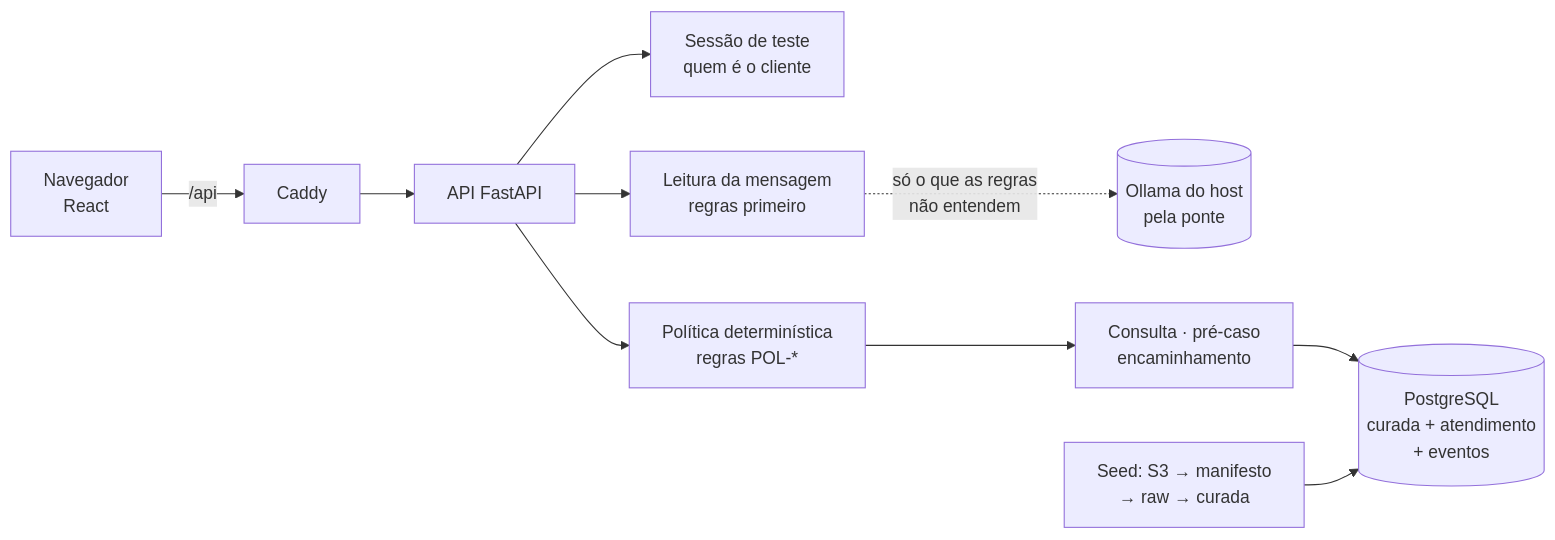
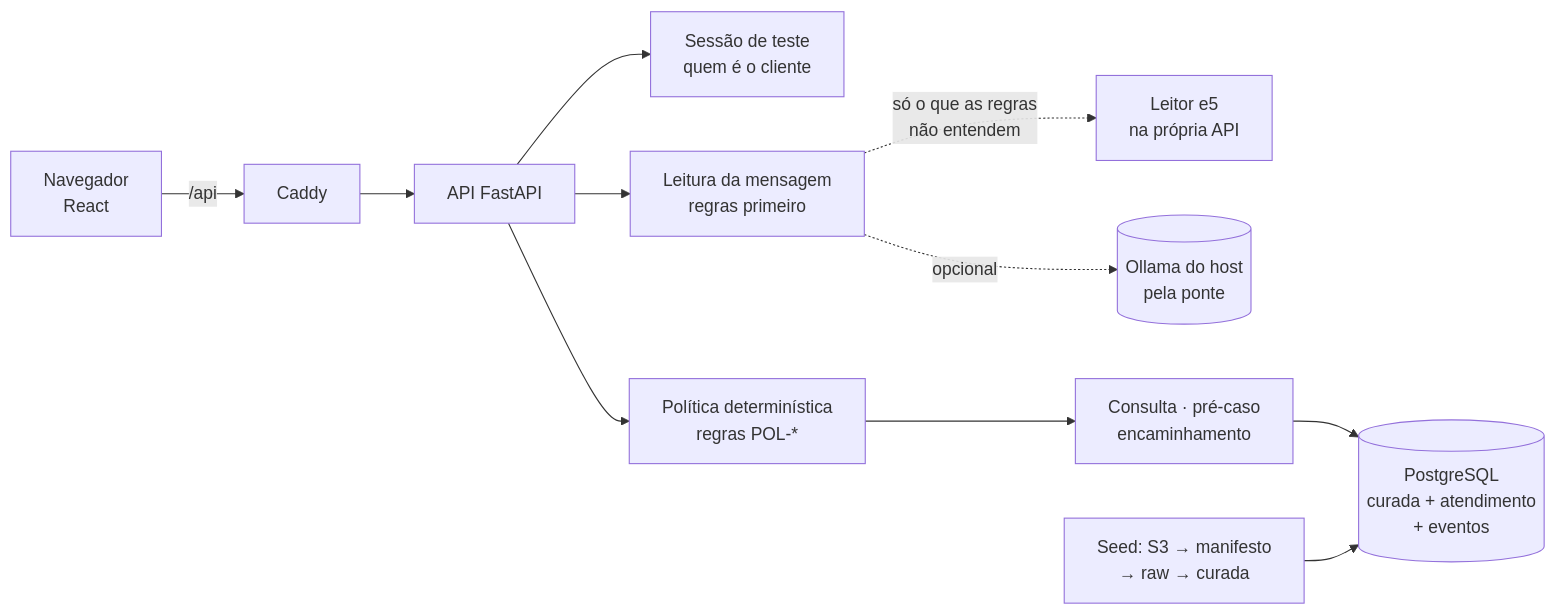
Before and after one commit to factored-2026-JEJE/factored-hackathon-2026-jeje: the diagram in README.md, drawn with Mermaid. The commit also changed other lines of this file, not shown here.

Commit message:
docs(readme): leitor e5 em cascata na demonstracao: como le, o que decide, dados e licencas, numeros medidos e limites; Ollama vira opcao no mesmo campo [DEV-007a]

````diff
--- a/README.md
+++ b/README.md
@@ -31,12 +31,13 @@
 ```mermaid
 flowchart LR
   navegador[Navegador<br/>React] -->|/api| caddy[Caddy]
   caddy --> api[API FastAPI]
   api --> sessao[Sessão de teste<br/>quem é o cliente]
   api --> leitura[Leitura da mensagem<br/>regras primeiro]
-  leitura -. só o que as regras<br/>não entendem .-> ollama[(Ollama do host<br/>pela ponte)]
+  leitura -. só o que as regras<br/>não entendem .-> leitor[Leitor e5<br/>na própria API]
+  leitura -. opcional .-> ollama[(Ollama do host<br/>pela ponte)]
   api --> politica[Política determinística<br/>regras POL-*]
   politica --> acoes[Consulta · pré-caso<br/>encaminhamento]
   acoes --> banco[(PostgreSQL<br/>curada + atendimento<br/>+ eventos)]
   seed[Seed: S3 → manifesto<br/>→ raw → curada] --> banco
 ```
````
